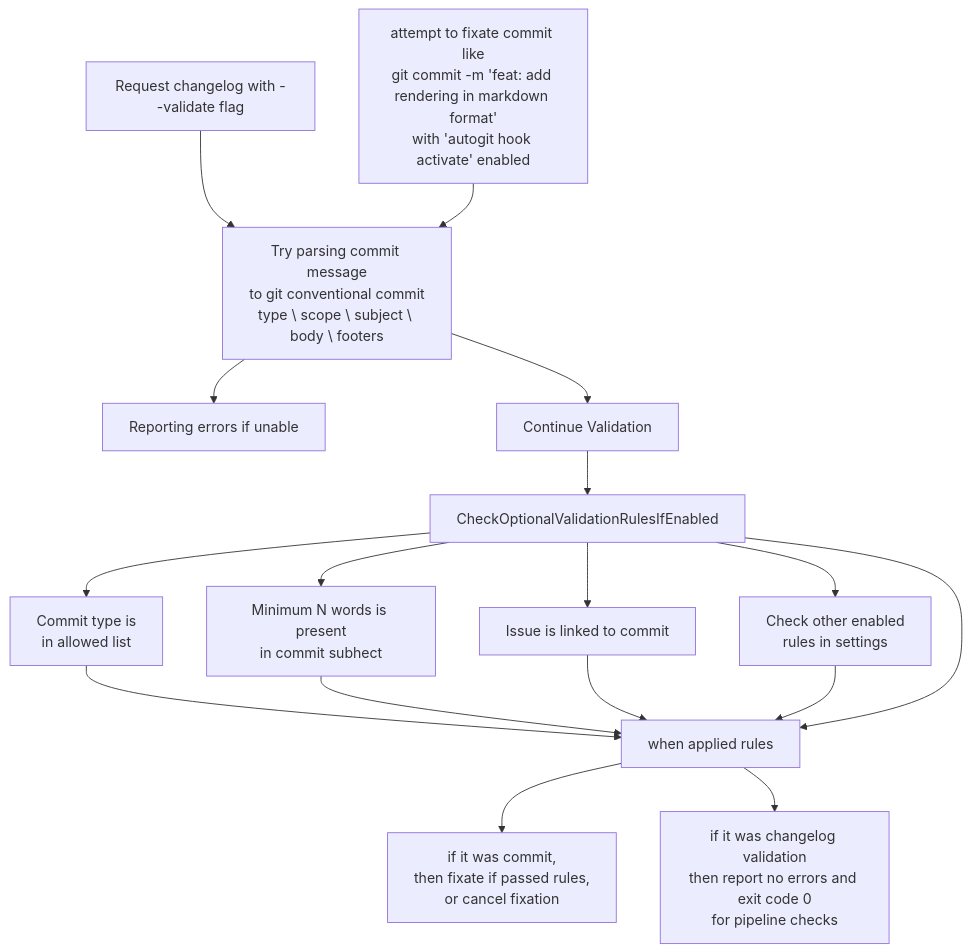
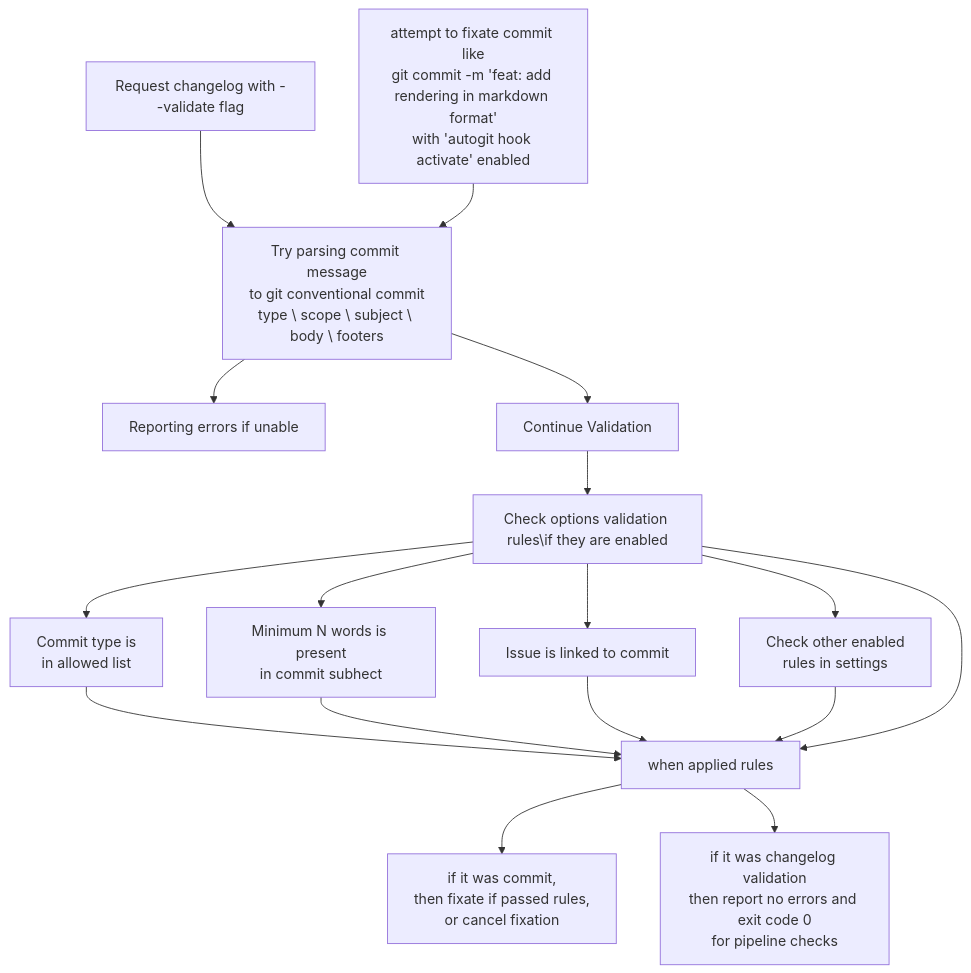
The first of 4 diagrams in README.md (darklab8/autogit), drawn with Mermaid before and after one commit.

Commit message:
docs: fix not explained in scheme moment

````diff
--- a/README.md
+++ b/README.md
@@ -86,20 +86,20 @@
 ```mermaid
 flowchart TD
   GitCommit[attempt to fixate commit like\ngit commit -m 'feat: add rendering in markdown format'\nwith 'autogit hook activate' enabled]
   RequestValidatingChangelog[Request changelog with --validate flag] --> TryParsingCommitMessage
   GitCommit --> TryParsingCommitMessage[Try parsing commit message\nto git conventional commit\ntype \ scope \ subject \ body \ footers]
   TryParsingCommitMessage --> ReportFail[Reporting errors if unable]
   TryParsingCommitMessage --> ContinuingValidation[Continue Validation]
-  ContinuingValidation --> CheckOptionalValidationRulesIfEnabled
+  ContinuingValidation --> CheckOptionalValidationRulesIfEnabled[Check options validation rules\if they are enabled]
   CheckOptionalValidationRulesIfEnabled --> CommitTypeInAllowedList[Commit type is\nin allowed list]
   CommitTypeInAllowedList --> WhenAppliedRules
   CheckOptionalValidationRulesIfEnabled --> MinimumNWords[Minimum N words is present\nin commit subhect]
   MinimumNWords --> WhenAppliedRules
   CheckOptionalValidationRulesIfEnabled --> IssueIsLinked[Issue is linked to commit]
   IssueIsLinked --> WhenAppliedRules
   CheckOptionalValidationRulesIfEnabled --> CheckOtherEnabledRulesInSettings[Check other enabled\nrules in settings]
   CheckOtherEnabledRulesInSettings --> WhenAppliedRules
   CheckOptionalValidationRulesIfEnabled --> WhenAppliedRules[when applied rules]
   WhenAppliedRules --> IfCommit[if it was commit,\nthen fixate if passed rules,\nor cancel fixation]
   WhenAppliedRules --> IfChangelog[if it was changelog validation\nthen report no errors and exit code 0\nfor pipeline checks]
 ```
````
